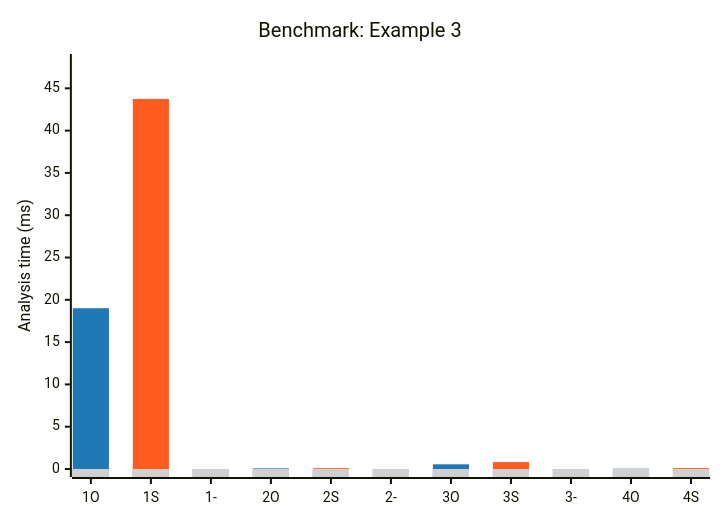
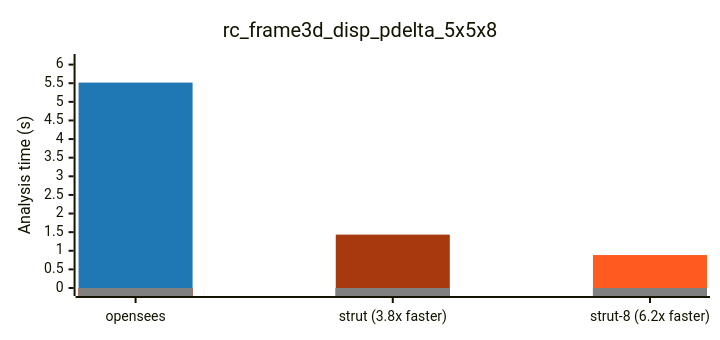
Before and after one commit to NathanaelRea/Strut: the third of 5 diagrams in docs/benchmark-opensees-examples.md, drawn with Mermaid. The commit also changed other lines of this file and 79 other files, not shown here.

````diff
--- a/docs/benchmark-opensees-examples.md
+++ b/docs/benchmark-opensees-examples.md
@@ -55,15 +69,18 @@
 ```mermaid
 ---
 config:
+  xyChart:
+    height: 320
   themeVariables:
     xyChart:
-      plotColorPalette: '#1f77b4, #FF5A1F, #d0d0d0'
+      plotColorPalette: '#1f77b4, #a8390f, #FF5A1F, #808080'
 ---
 xychart-beta
-    title "Benchmark: Example 3"
-    x-axis ["1O", "1S", "1-", "2O", "2S", "2-", "3O", "3S", "3-", "4O", "4S"]
-    y-axis "Analysis time (ms)" 0 --> 48.110
-    bar "OS" [19.006, 0.0, 0.0, 0.072, 0.0, 0.0, 0.553, 0.0, 0.0, 0.033, 0.0]
-    bar "STR" [0.0, 43.736, 0.0, 0.0, 0.095, 0.0, 0.0, 0.812, 0.0, 0.0, 0.105]
-    bar "mask" [0.0, 0.0, 0.0, 0.0, 0.0, 0.0, 0.0, 0.0, 0.0, 0.0, 0.0]
+    title "rc_frame3d_disp_pdelta_5x5x8"
+    x-axis ["opensees", "strut (3.8x faster)", "strut-8 (6.2x faster)"]
+    y-axis "Analysis time (s)" 0 --> 6.07
+    bar [5.517, 0, 0]
+    bar [0, 1.434, 0]
+    bar [0, 0, 0.885]
+    bar [0, 0, 0]
 ```
````
